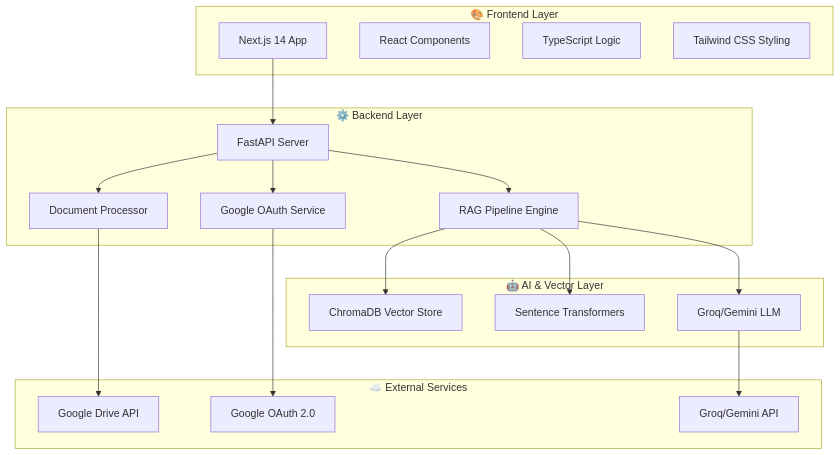
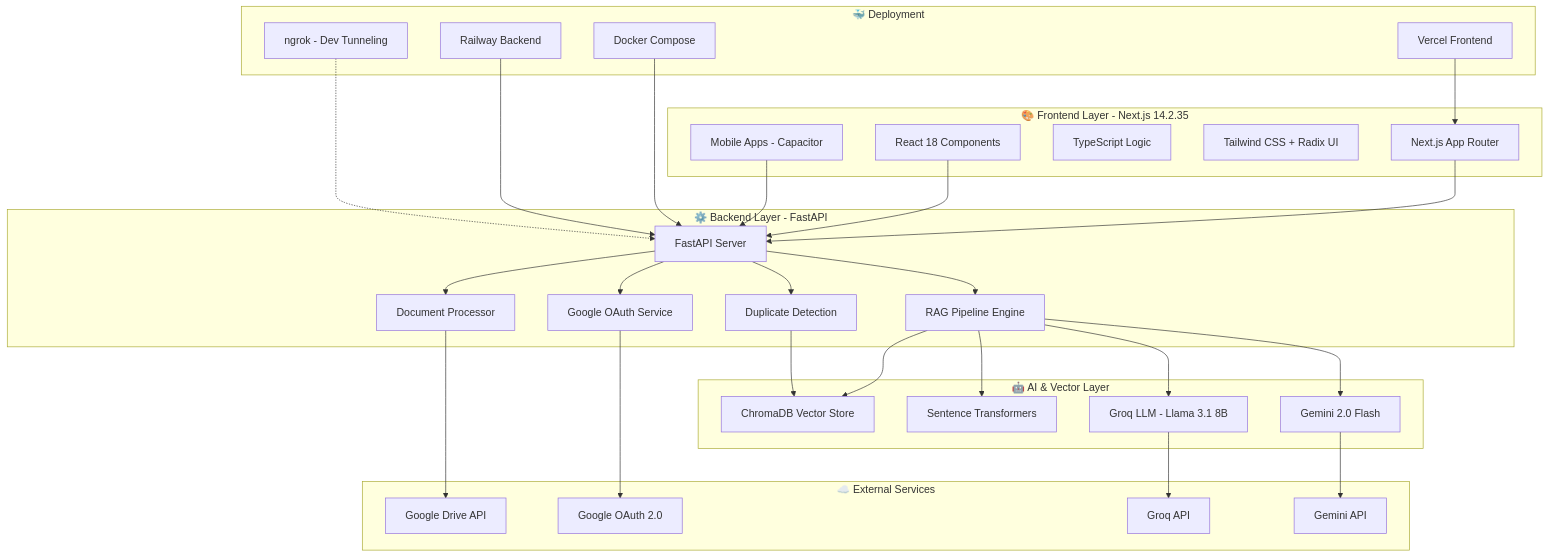
The first of 7 diagrams in README.md (suryahanjaya/lenrag), drawn with Mermaid before and after one commit. The commit also changed other lines of this file and 2 other files, not shown here.

````diff
--- a/README.md
+++ b/README.md
@@ -43,35 +161,54 @@
 ```mermaid
 graph TB
-    subgraph "🎨 Frontend Layer"
-        A[Next.js 14 App]
-        B[React Components]
+    subgraph "🎨 Frontend Layer - Next.js 14.2.35"
+        A[Next.js App Router]
+        B[React 18 Components]
         C[TypeScript Logic]
-        D[Tailwind CSS Styling]
+        D[Tailwind CSS + Radix UI]
+        E[Mobile Apps - Capacitor]
     end
     
-    subgraph "⚙️ Backend Layer"
-        E[FastAPI Server]
-        F[Google OAuth Service]
-        G[Document Processor]
-        H[RAG Pipeline Engine]
+    subgraph "⚙️ Backend Layer - FastAPI"
+        F[FastAPI Server]
+        G[Google OAuth Service]
+        H[Document Processor]
+        I[RAG Pipeline Engine]
+        J[Duplicate Detection]
     end
     
     subgraph "🤖 AI & Vector Layer"
-        I[ChromaDB Vector Store]
-        J[Sentence Transformers]
-        K[Groq/Gemini LLM]
+        K[ChromaDB Vector Store]
+        L[Sentence Transformers]
+        M[Groq LLM - Llama 3.1 8B]
+        N[Gemini 2.0 Flash]
     end
     
     subgraph "☁️ External Services"
-        L[Google Drive API]
-        M[Google OAuth 2.0]
-        N[Groq/Gemini API]
+        O[Google Drive API]
+        P[Google OAuth 2.0]
+        Q[Groq API]
+        R[Gemini API]
     end
     
-    A --> E
-    E --> F --> M
-    E --> G --> L
-    E --> H --> I
-    H --> J
-    H --> K --> N
+    subgraph "🐳 Deployment"
+        S[Docker Compose]
+        T[Railway Backend]
+        U[Vercel Frontend]
+        V[ngrok - Dev Tunneling]
+    end
+    
+    A --> F
+    B --> F
+    E --> F
+    F --> G --> P
+    F --> H --> O
+    F --> I --> K
+    F --> J --> K
+    I --> L
+    I --> M --> Q
+    I --> N --> R
+    S --> F
+    T --> F
+    U --> A
+    V -.-> F
 ```
````
